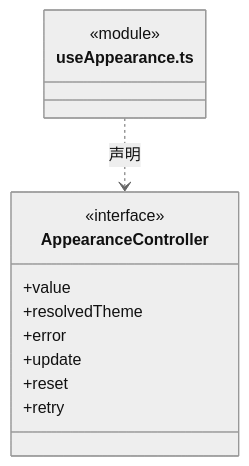
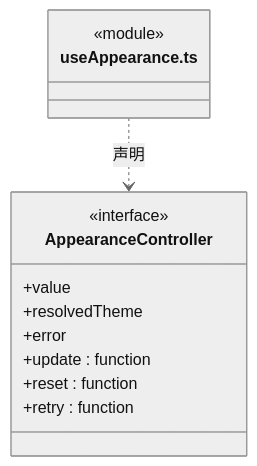
Diagram 27 of 34 in src/view/settings/ARCHITECTURE.md (nan023062/cbim), drawn with Mermaid (neutral theme) before and after one commit. The commit also changed other lines of this file and 137 other files, not shown here.

Commit message:
fix: align architecture generator with documentation standards

````diff
--- a/src/view/settings/ARCHITECTURE.md
+++ b/src/view/settings/ARCHITECTURE.md
@@ -512,16 +555,16 @@
 ```mermaid
 classDiagram
 class N_src_view_settings_useAppearance_ts["useAppearance.ts"] {
   <<module>>
 }
 class N_src_view_settings_useAppearance_ts_AppearanceController["AppearanceController"] {
   <<interface>>
   +value
   +resolvedTheme
   +error
-  +update
-  +reset
-  +retry
+  +update : function
+  +reset : function
+  +retry : function
 }
 N_src_view_settings_useAppearance_ts ..> N_src_view_settings_useAppearance_ts_AppearanceController : 声明
 ```
````
